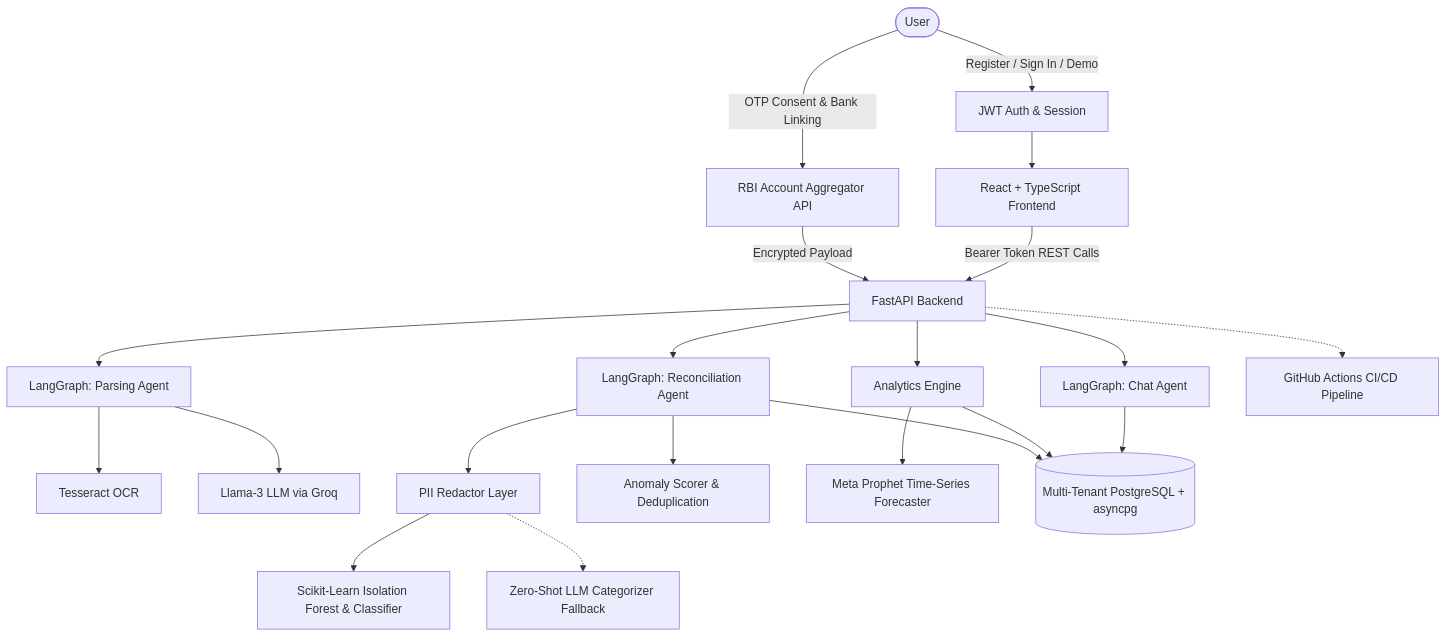
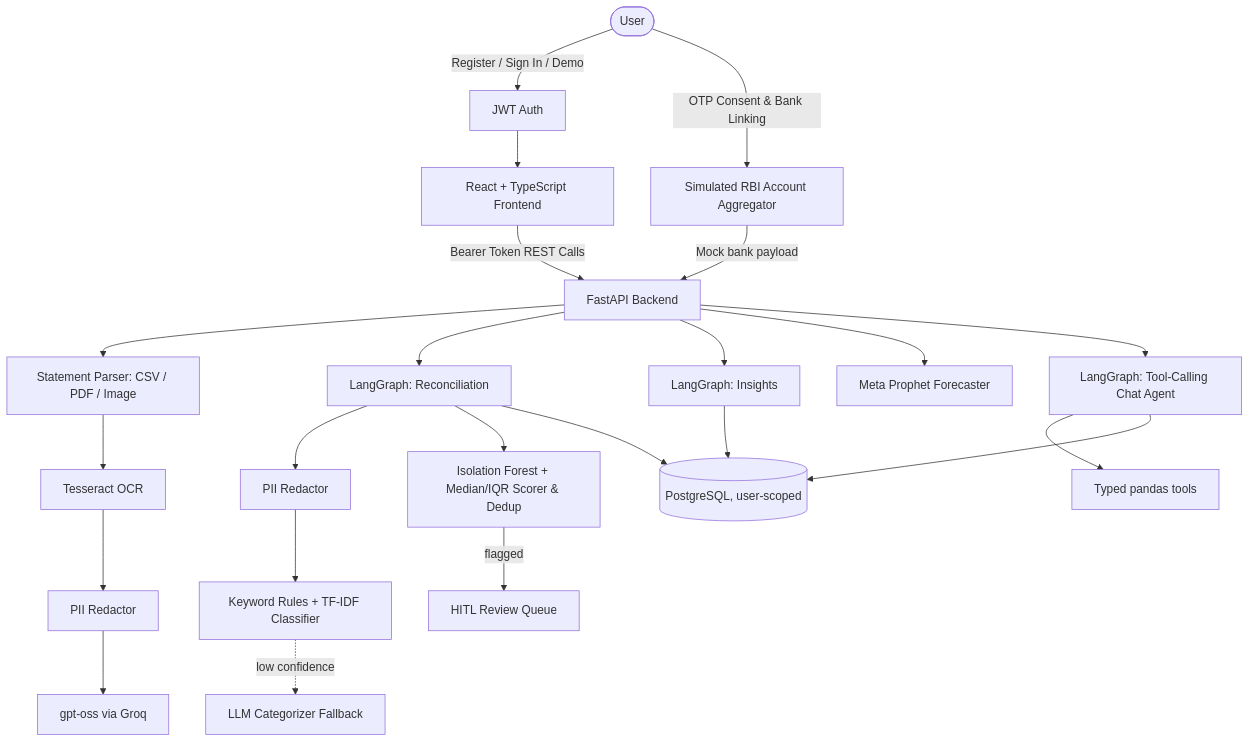
Before and after one commit to keerthika2004/Personal-finance-assistant: the diagram in README.md, drawn with Mermaid. The commit also changed other lines of this file and 5 other files, not shown here.

Commit message:
Update READMEs with new eval results and correct architecture, setup and security docs

````diff
--- a/README.md
+++ b/README.md
@@ -122,36 +136,38 @@
 ```mermaid
 graph TD
-    %% User Interfaces & Auth
-    User([User]) -->|Register / Sign In / Demo| Auth[JWT Auth & Session]
-    Auth --> UI[React + TypeScript Frontend]
-    User -->|OTP Consent & Bank Linking| AA[RBI Account Aggregator API]
-    
-    %% Backend APIs
-    AA -->|Encrypted Payload| API[FastAPI Backend]
-    UI -->|Bearer Token REST Calls| API
-    
-    %% Parsing & Processing
-    API --> ParseGraph[LangGraph: Parsing Agent]
-    ParseGraph --> OCR[Tesseract OCR]
-    ParseGraph --> ParseLLM[Llama-3 LLM via Groq]
-    
-    %% Reconciliation & ML
-    API --> ReconGraph[LangGraph: Reconciliation Agent]
-    ReconGraph --> PII[PII Redactor Layer]
-    PII --> ML[Scikit-Learn Isolation Forest & Classifier]
-    PII -.-> LLMCat[Zero-Shot LLM Categorizer Fallback]
-    ReconGraph --> Anomaly[Anomaly Scorer & Deduplication]
-    
-    %% Analytics & Forecasting
-    API --> Analytics[Analytics Engine]
-    Analytics --> Prophet[Meta Prophet Time-Series Forecaster]
-    
-    %% Chat 
-    API --> ChatGraph[LangGraph: Chat Agent]
-    
-    %% Storage & CI/CD
-    ReconGraph --> DB[(Multi-Tenant PostgreSQL + asyncpg)]
-    Analytics --> DB
-    ChatGraph --> DB
-    API -.-> CI[GitHub Actions CI/CD Pipeline]
+   %% User Interfaces & Auth
+   User([User]) -->|Register / Sign In / Demo| Auth[JWT Auth]
+   Auth --> UI[React + TypeScript Frontend]
+   User -->|OTP Consent & Bank Linking| AA[Simulated RBI Account Aggregator]
+
+   %% Backend APIs
+   AA -->|Mock bank payload| API[FastAPI Backend]
+   UI -->|Bearer Token REST Calls| API
+
+   %% Parsing
+   API --> Parser[Statement Parser: CSV / PDF / Image]
+   Parser --> OCR[Tesseract OCR]
+   OCR --> PII1[PII Redactor]
+   PII1 --> ParseLLM[gpt-oss via Groq]
+
+   %% Reconciliation & ML
+   API --> ReconGraph[LangGraph: Reconciliation]
+   ReconGraph --> PII2[PII Redactor]
+   PII2 --> ML[Keyword Rules + TF-IDF Classifier]
+   ML -.->|low confidence| LLMCat[LLM Categorizer Fallback]
+   ReconGraph --> Anomaly[Isolation Forest + Median/IQR Scorer & Dedup]
+   Anomaly -->|flagged| HITL[HITL Review Queue]
+
+   %% Analytics & Forecasting
+   API --> Insights[LangGraph: Insights]
+   API --> Prophet[Meta Prophet Forecaster]
+
+   %% Chat
+   API --> ChatGraph[LangGraph: Tool-Calling Chat Agent]
+   ChatGraph --> Tools[Typed pandas tools]
+
+   %% Storage
+   ReconGraph --> DB[(PostgreSQL, user-scoped)]
+   Insights --> DB
+   ChatGraph --> DB
 ```
````
